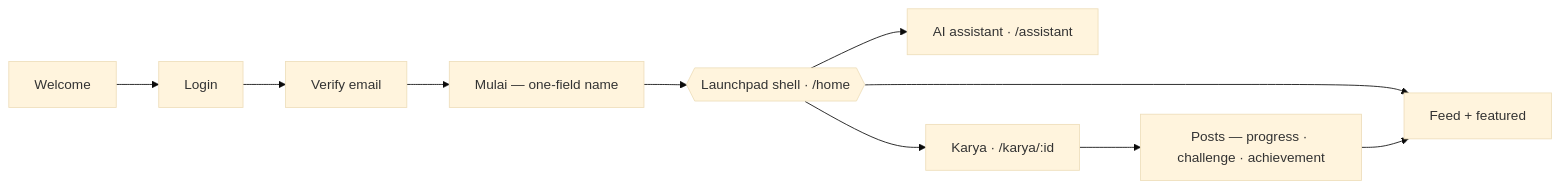
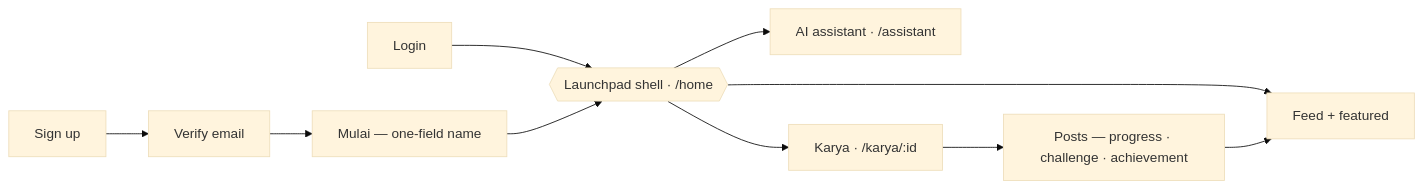
One commit to zakinadhif/buildersnetwork changed the first of 3 diagrams in README.md. Above: the diagram before and after it, drawn with Mermaid (base theme). The commit also changed 19 other files, not shown here.

Commit message:
feat(app): refine authentication entry flow

````diff
--- a/README.md
+++ b/README.md
@@ -38,9 +38,10 @@
 ```mermaid
 flowchart LR
-  W[Welcome] --> L[Login] --> V[Verify email] --> M["Mulai — one-field name"] --> H
+  L[Login] --> H
+  S[Sign up] --> V[Verify email] --> M["Mulai — one-field name"] --> H
   H{{"Launchpad shell · /home"}} --> A["AI assistant · /assistant"]
   H --> K["Karya · /karya/:id"]
   H --> F["Feed + featured"]
   K --> P["Posts — progress · challenge · achievement"]
   P --> F
 ```
````
